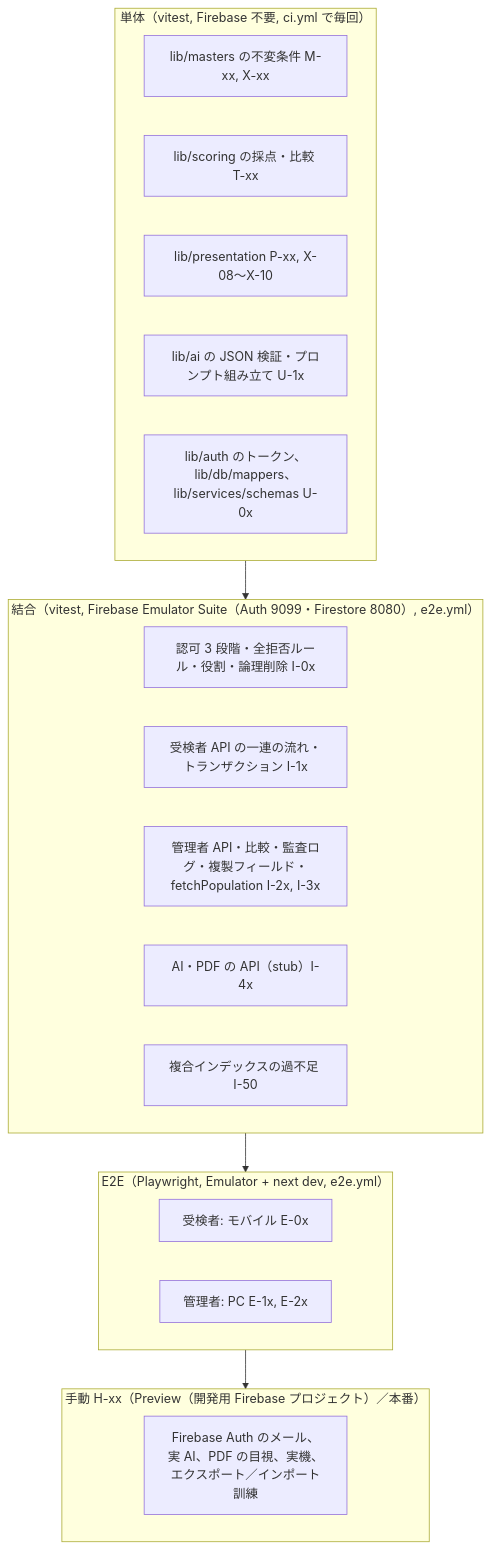
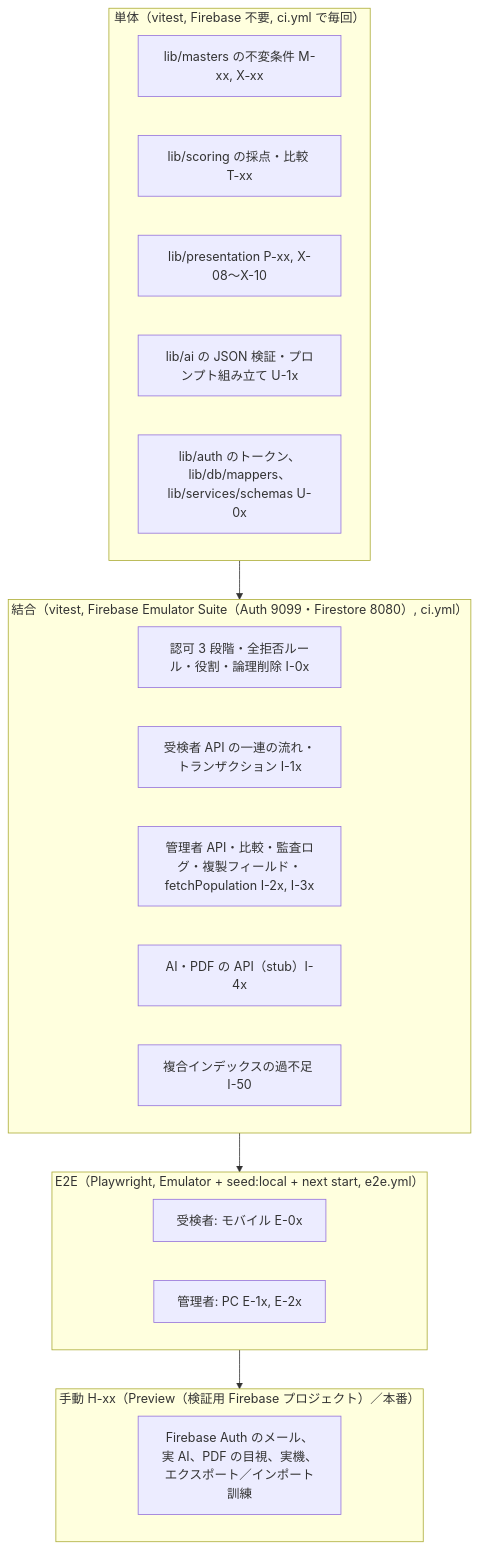
Before and after one commit to tanukichiyamaguchi/Tekisei-Kensa: the second of 4 diagrams in docs/基本設計/08_実装計画とテスト計画.md, drawn with Mermaid. The commit also changed other lines of this file and 10 other files, not shown here.

````diff
--- a/docs/基本設計/08_実装計画とテスト計画.md
+++ b/docs/基本設計/08_実装計画とテスト計画.md
@@ -320,25 +321,25 @@
 ```mermaid
 flowchart TB
     subgraph unit["単体（vitest, Firebase 不要, ci.yml で毎回）"]
         U1["lib/masters の不変条件 M-xx, X-xx"]
         U2["lib/scoring の採点・比較 T-xx"]
         U3["lib/presentation P-xx, X-08〜X-10"]
         U4["lib/ai の JSON 検証・プロンプト組み立て U-1x"]
         U5["lib/auth のトークン、lib/db/mappers、lib/services/schemas U-0x"]
     end
-    subgraph integ["結合（vitest, Firebase Emulator Suite（Auth 9099・Firestore 8080）, e2e.yml）"]
+    subgraph integ["結合（vitest, Firebase Emulator Suite（Auth 9099・Firestore 8080）, ci.yml）"]
         I1["認可 3 段階・全拒否ルール・役割・論理削除 I-0x"]
         I2["受検者 API の一連の流れ・トランザクション I-1x"]
         I3["管理者 API・比較・監査ログ・複製フィールド・fetchPopulation I-2x, I-3x"]
         I4["AI・PDF の API（stub）I-4x"]
         I5["複合インデックスの過不足 I-50"]
     end
-    subgraph e2e["E2E（Playwright, Emulator + next dev, e2e.yml）"]
+    subgraph e2e["E2E（Playwright, Emulator + seed:local + next start, e2e.yml）"]
         E1["受検者: モバイル E-0x"]
         E2["管理者: PC E-1x, E-2x"]
     end
-    subgraph manual["手動 H-xx（Preview（開発用 Firebase プロジェクト）／本番）"]
+    subgraph manual["手動 H-xx（Preview（検証用 Firebase プロジェクト）／本番）"]
         H1["Firebase Auth のメール、実 AI、PDF の目視、実機、エクスポート／インポート訓練"]
     end
     unit --> integ --> e2e --> manual
 ```
````
